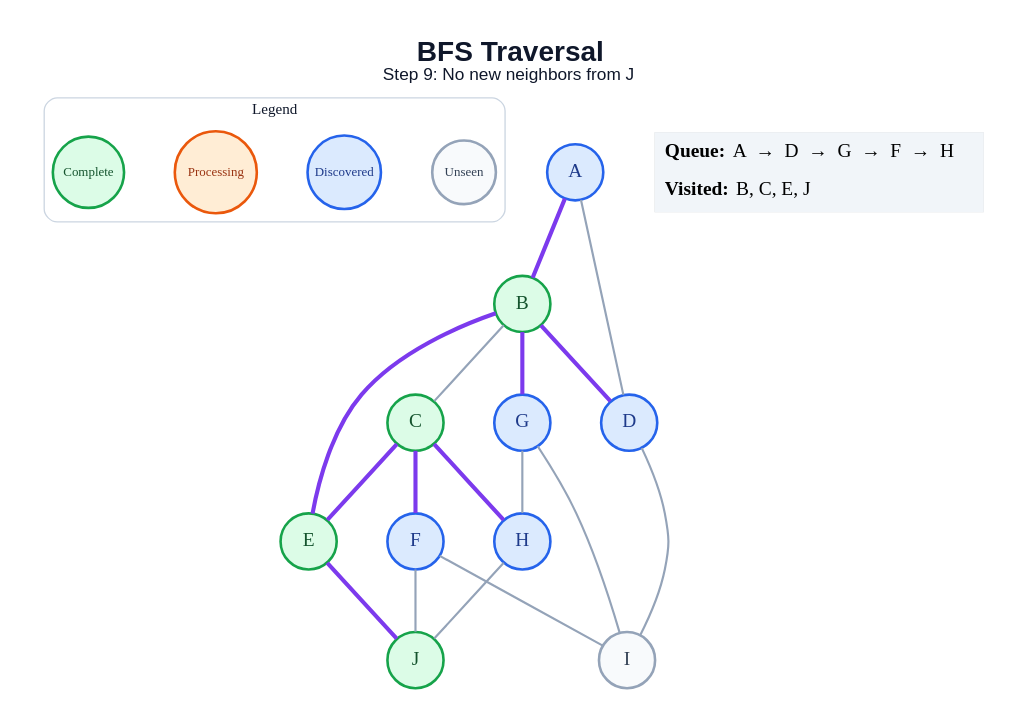
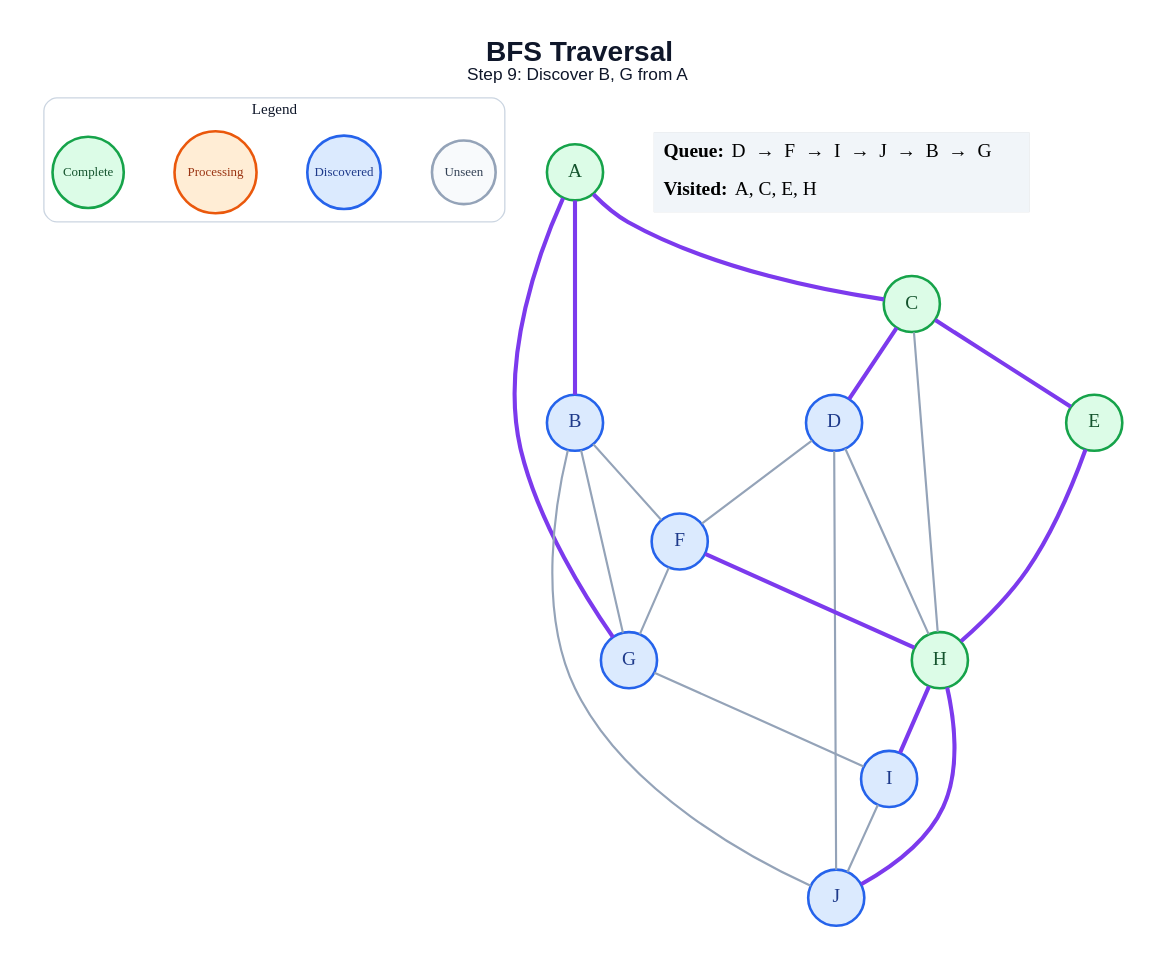
One commit to amanghodawala9/ai-slop changed the diagram in generated/specific-node/bfs/step_09.dot. Above: the diagram before and after it, drawn with Graphviz. The commit also changed 178 other files, not shown here.

```diff
--- a/generated/specific-node/bfs/step_09.dot
+++ b/generated/specific-node/bfs/step_09.dot
@@ -1,45 +1,48 @@
 graph traversal {
   graph [layout=dot, rankdir=TB, bgcolor="#FFFFFF", pad="0.35", nodesep="0.65", ranksep="0.8", fontname="Arial"];
   node [shape=circle, style="filled", fontname="Arial Bold", fontsize=18, width=0.72, fixedsize=true, penwidth=2.4];
   edge [color="#94A3B8", penwidth=2.0];
-  label=<<B>BFS Traversal</B><BR/><FONT POINT-SIZE="16">Step 9: No new neighbors from J</FONT>>; labelloc="t"; fontsize=26; fontname="Arial"; fontcolor="#0F172A";
+  label=<<B>BFS Traversal</B><BR/><FONT POINT-SIZE="16">Step 9: Discover B, G from A</FONT>>; labelloc="t"; fontsize=26; fontname="Arial"; fontcolor="#0F172A";
   subgraph cluster_legend { label="Legend"; color="#CBD5E1"; penwidth=1.2; style="rounded"; fontsize=14; fontname="Arial Bold";
     key_unseen [label="Unseen", fillcolor="#F8FAFC", color="#94A3B8", fontcolor="#334155", fontsize=12, width=0.82];
     key_frontier [label="Discovered", fillcolor="#DBEAFE", color="#2563EB", fontcolor="#1E3A8A", fontsize=12, width=0.95];
     key_current [label="Processing", fillcolor="#FFEDD5", color="#EA580C", fontcolor="#9A3412", fontsize=12, width=1.05];
     key_done [label="Complete", fillcolor="#DCFCE7", color="#16A34A", fontcolor="#14532D", fontsize=12, width=0.92];
     { rank=same; key_unseen; key_frontier; key_current; key_done; }
   }
-  A [fillcolor="#DBEAFE", color="#2563EB", fontcolor="#1E3A8A"];
-  B [fillcolor="#DCFCE7", color="#16A34A", fontcolor="#14532D"];
+  A [fillcolor="#DCFCE7", color="#16A34A", fontcolor="#14532D"];
+  B [fillcolor="#DBEAFE", color="#2563EB", fontcolor="#1E3A8A"];
   C [fillcolor="#DCFCE7", color="#16A34A", fontcolor="#14532D"];
   D [fillcolor="#DBEAFE", color="#2563EB", fontcolor="#1E3A8A"];
   E [fillcolor="#DCFCE7", color="#16A34A", fontcolor="#14532D"];
   F [fillcolor="#DBEAFE", color="#2563EB", fontcolor="#1E3A8A"];
   G [fillcolor="#DBEAFE", color="#2563EB", fontcolor="#1E3A8A"];
-  H [fillcolor="#DBEAFE", color="#2563EB", fontcolor="#1E3A8A"];
-  I [fillcolor="#F8FAFC", color="#94A3B8", fontcolor="#334155"];
-  J [fillcolor="#DCFCE7", color="#16A34A", fontcolor="#14532D"];
+  H [fillcolor="#DCFCE7", color="#16A34A", fontcolor="#14532D"];
+  I [fillcolor="#DBEAFE", color="#2563EB", fontcolor="#1E3A8A"];
+  J [fillcolor="#DBEAFE", color="#2563EB", fontcolor="#1E3A8A"];
   A -- B [color="#7C3AED", penwidth=3.8];
-  A -- D;
-  B -- C;
-  B -- D [color="#7C3AED", penwidth=3.8];
-  B -- E [color="#7C3AED", penwidth=3.8];
-  B -- G [color="#7C3AED", penwidth=3.8];
+  A -- C [color="#7C3AED", penwidth=3.8];
+  A -- G [color="#7C3AED", penwidth=3.8];
+  B -- F;
+  B -- G;
+  B -- J;
+  C -- D [color="#7C3AED", penwidth=3.8];
   C -- E [color="#7C3AED", penwidth=3.8];
-  C -- F [color="#7C3AED", penwidth=3.8];
-  C -- H [color="#7C3AED", penwidth=3.8];
-  D -- I;
-  E -- J [color="#7C3AED", penwidth=3.8];
-  F -- I;
-  F -- J;
-  G -- H;
+  C -- H;
+  D -- F;
+  D -- H;
+  D -- J;
+  E -- H [color="#7C3AED", penwidth=3.8];
+  F -- G;
+  F -- H [color="#7C3AED", penwidth=3.8];
   G -- I;
-  H -- J;
+  H -- I [color="#7C3AED", penwidth=3.8];
+  H -- J [color="#7C3AED", penwidth=3.8];
+  I -- J;
   status [shape=plain, fixedsize=false, width=0, height=0, margin=0, label=<
     <TABLE BORDER="0" CELLBORDER="0" CELLPADDING="7" BGCOLOR="#F1F5F9">
-      <TR><TD ALIGN="LEFT"><B>Queue:</B> A  →  D  →  G  →  F  →  H</TD></TR>
-      <TR><TD ALIGN="LEFT"><B>Visited:</B> B, C, E, J</TD></TR>
+      <TR><TD ALIGN="LEFT"><B>Queue:</B> D  →  F  →  I  →  J  →  B  →  G</TD></TR>
+      <TR><TD ALIGN="LEFT"><B>Visited:</B> A, C, E, H</TD></TR>
     </TABLE>
   >];
 }
```
